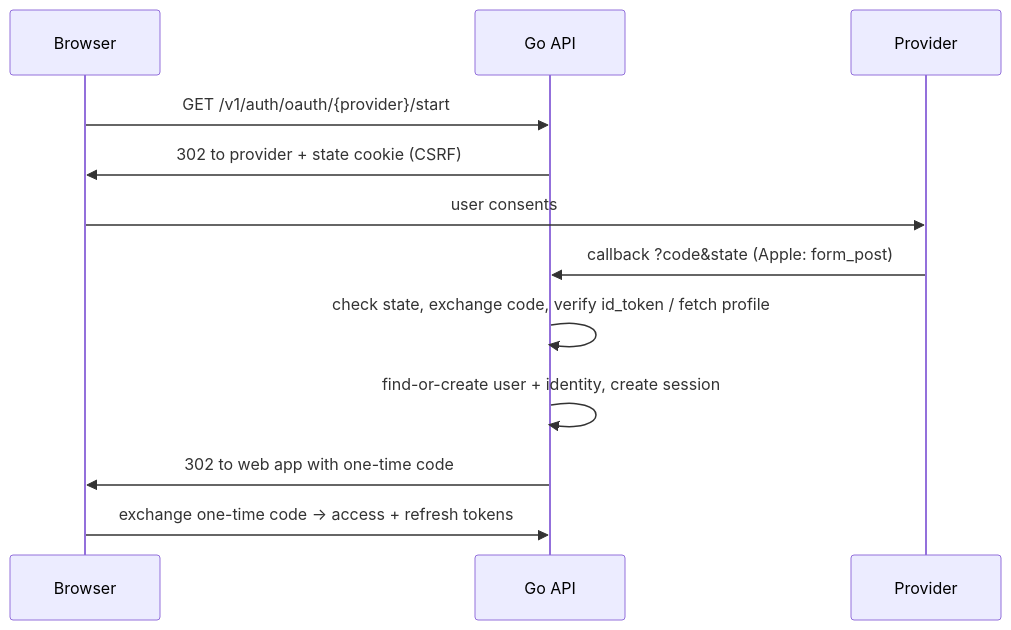
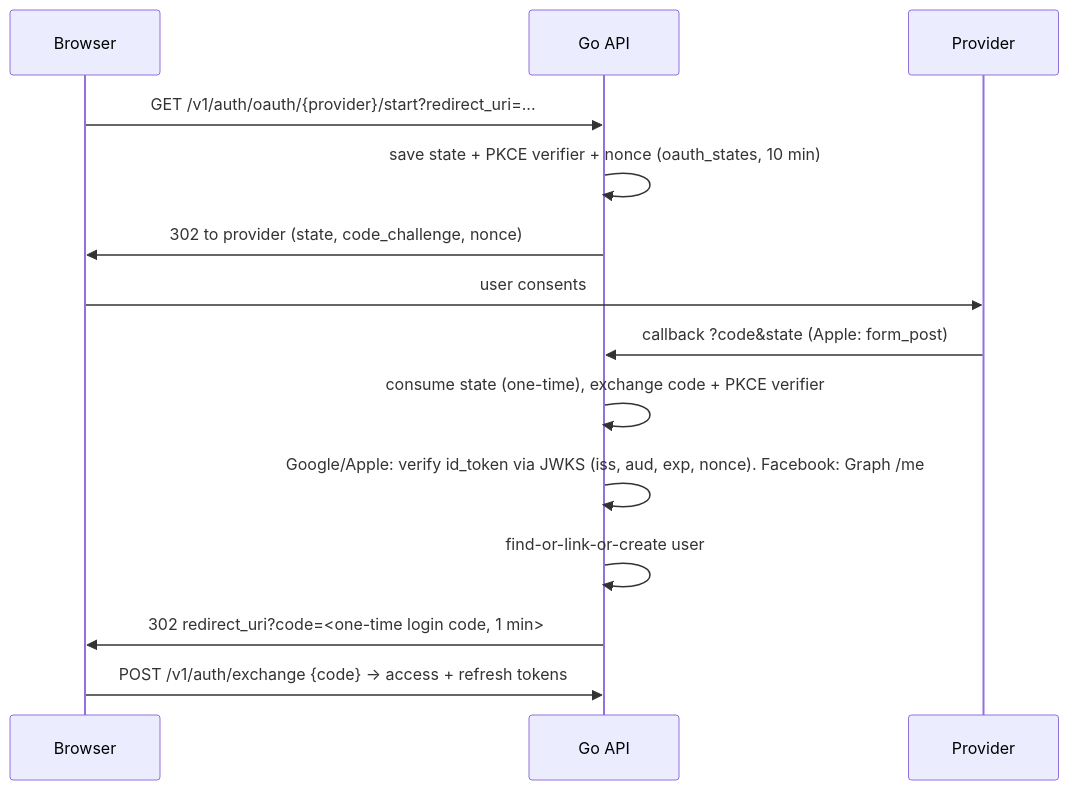
The second of 3 diagrams in docs/ARCHITECTURE.md (urmirahman/authenticator), drawn with Mermaid before and after one commit. The commit also changed other lines of this file and 7 other files, not shown here.

Commit message:
docs: openapi spec, oauth setup guide, architecture and feature status

````diff
--- a/docs/ARCHITECTURE.md
+++ b/docs/ARCHITECTURE.md
@@ -52,14 +53,16 @@
 ```mermaid
 sequenceDiagram
   participant B as Browser
   participant S as Go API
   participant P as Provider
-  B->>S: GET /v1/auth/oauth/{provider}/start
-  S->>B: 302 to provider + state cookie (CSRF)
+  B->>S: GET /v1/auth/oauth/{provider}/start?redirect_uri=...
+  S->>S: save state + PKCE verifier + nonce (oauth_states, 10 min)
+  S->>B: 302 to provider (state, code_challenge, nonce)
   B->>P: user consents
-  P->>S: callback ?code&state  (Apple: form_post)
-  S->>S: check state, exchange code, verify id_token / fetch profile
-  S->>S: find-or-create user + identity, create session
-  S->>B: 302 to web app with one-time code
-  B->>S: exchange one-time code -> access + refresh tokens
+  P->>S: callback ?code&state (Apple: form_post)
+  S->>S: consume state (one-time), exchange code + PKCE verifier
+  S->>S: Google/Apple: verify id_token via JWKS (iss, aud, exp, nonce). Facebook: Graph /me
+  S->>S: find-or-link-or-create user
+  S->>B: 302 redirect_uri?code=<one-time login code, 1 min>
+  B->>S: POST /v1/auth/exchange {code} -> access + refresh tokens
 ```
````
